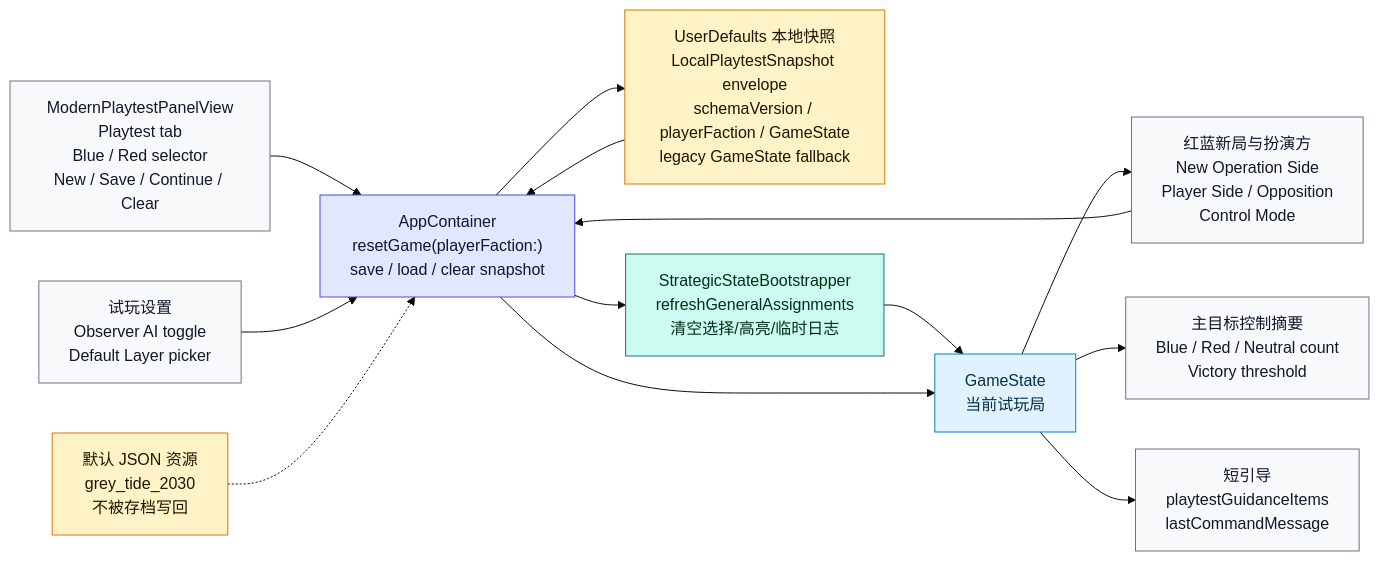
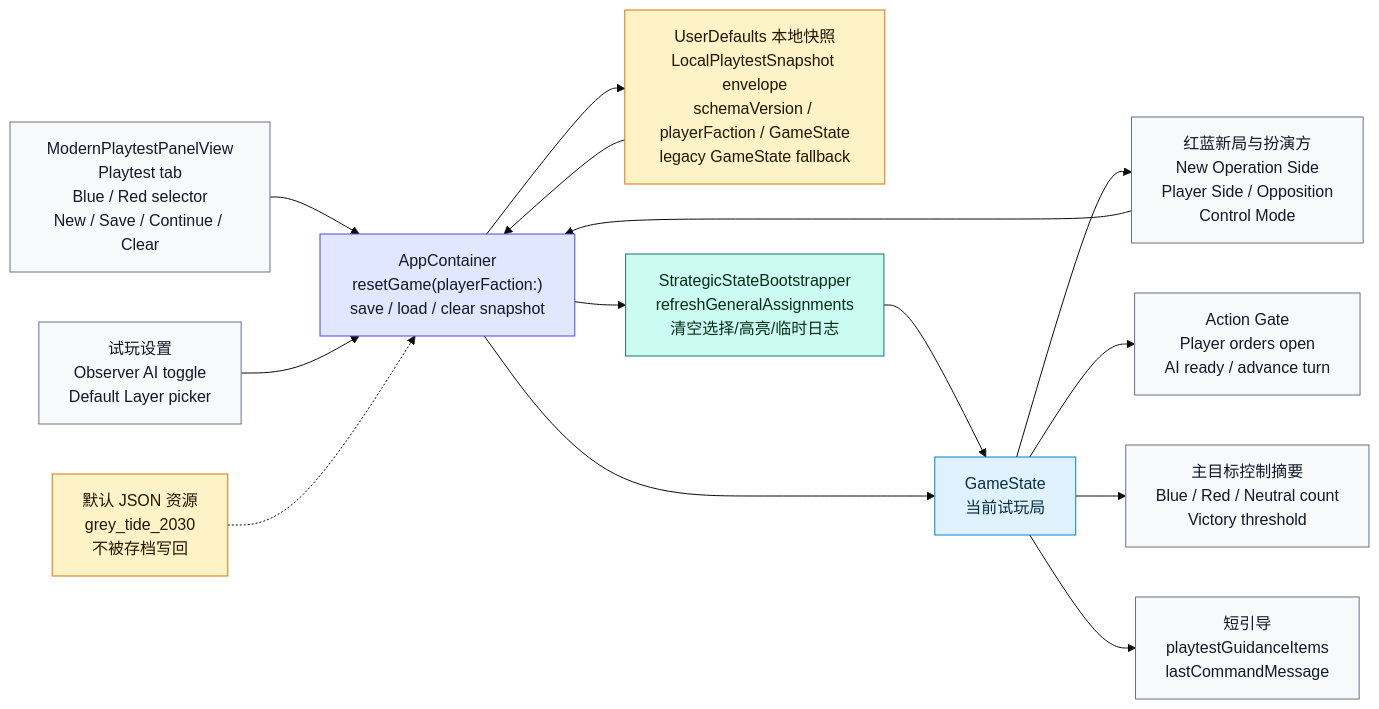
Diagram 11 of 20 in md/flow/flowchart.md (Altman-sam114/127), drawn with Mermaid (base theme) before and after one commit. The commit also changed other lines of this file and 8 other files, not shown here.

Commit message:
feat: show playtest action gate

````diff
--- a/md/flow/flowchart.md
+++ b/md/flow/flowchart.md
@@ -323,30 +323,32 @@
 ```mermaid
 flowchart LR
     UI["ModernPlaytestPanelView<br/>Playtest tab<br/>Blue / Red selector<br/>New / Save / Continue / Clear"]:::display
     SETTINGS["试玩设置<br/>Observer AI toggle<br/>Default Layer picker"]:::display
     ROLE["红蓝新局与扮演方<br/>New Operation Side<br/>Player Side / Opposition<br/>Control Mode"]:::display
+    GATE["Action Gate<br/>Player orders open<br/>AI ready / advance turn"]:::display
     OBJECTIVE["主目标控制摘要<br/>Blue / Red / Neutral count<br/>Victory threshold"]:::display
     GUIDE["短引导<br/>playtestGuidanceItems<br/>lastCommandMessage"]:::display
     APP["AppContainer<br/>resetGame(playerFaction:)<br/>save / load / clear snapshot"]:::app
     SNAP["UserDefaults 本地快照<br/>LocalPlaytestSnapshot envelope<br/>schemaVersion / playerFaction / GameState<br/>legacy GameState fallback"]:::data
     BOOT["StrategicStateBootstrapper<br/>refreshGeneralAssignments<br/>清空选择/高亮/临时日志"]:::rules
     STATE["GameState<br/>当前试玩局"]:::state
     RES["默认 JSON 资源<br/>grey_tide_2030<br/>不被存档写回"]:::data
 
     UI --> APP
     SETTINGS --> APP
     ROLE --> APP
     STATE --> ROLE
+    STATE --> GATE
     STATE --> OBJECTIVE
     STATE --> GUIDE
     APP --> SNAP
     SNAP --> APP --> BOOT --> STATE
     APP --> STATE
     RES -.-> APP
 
     classDef display fill:#f8f9fb,stroke:#6b7280,color:#111827
     classDef app fill:#e0e7ff,stroke:#4f46e5,color:#111827
     classDef data fill:#fef3c7,stroke:#d97706,color:#1f1600
     classDef rules fill:#ccfbf1,stroke:#0f766e,color:#052e16
     classDef state fill:#e0f2fe,stroke:#0284c7,color:#082f49
 ```
````
